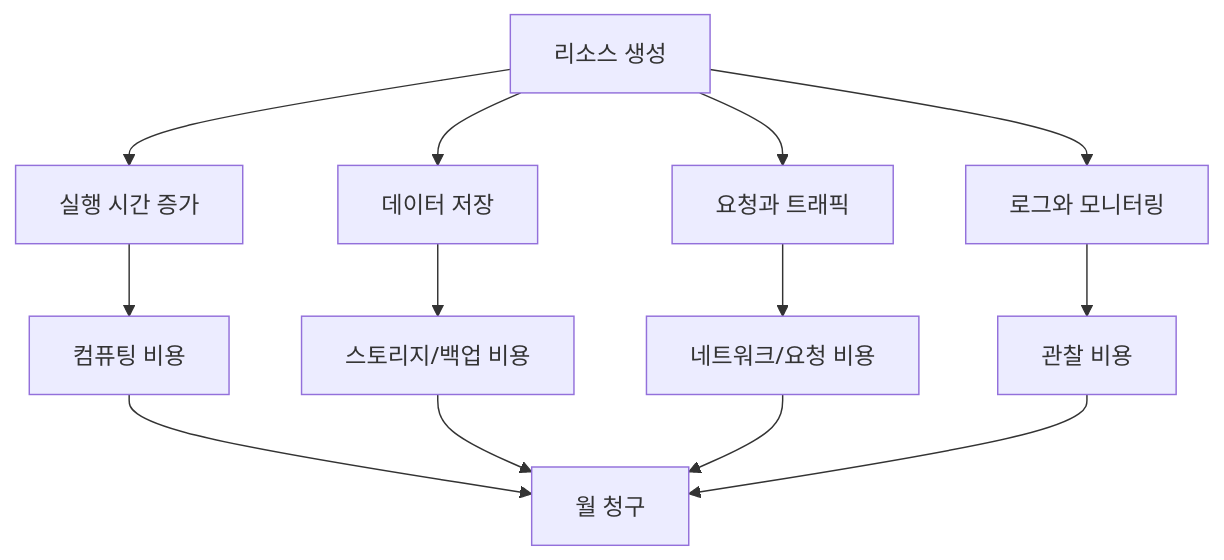
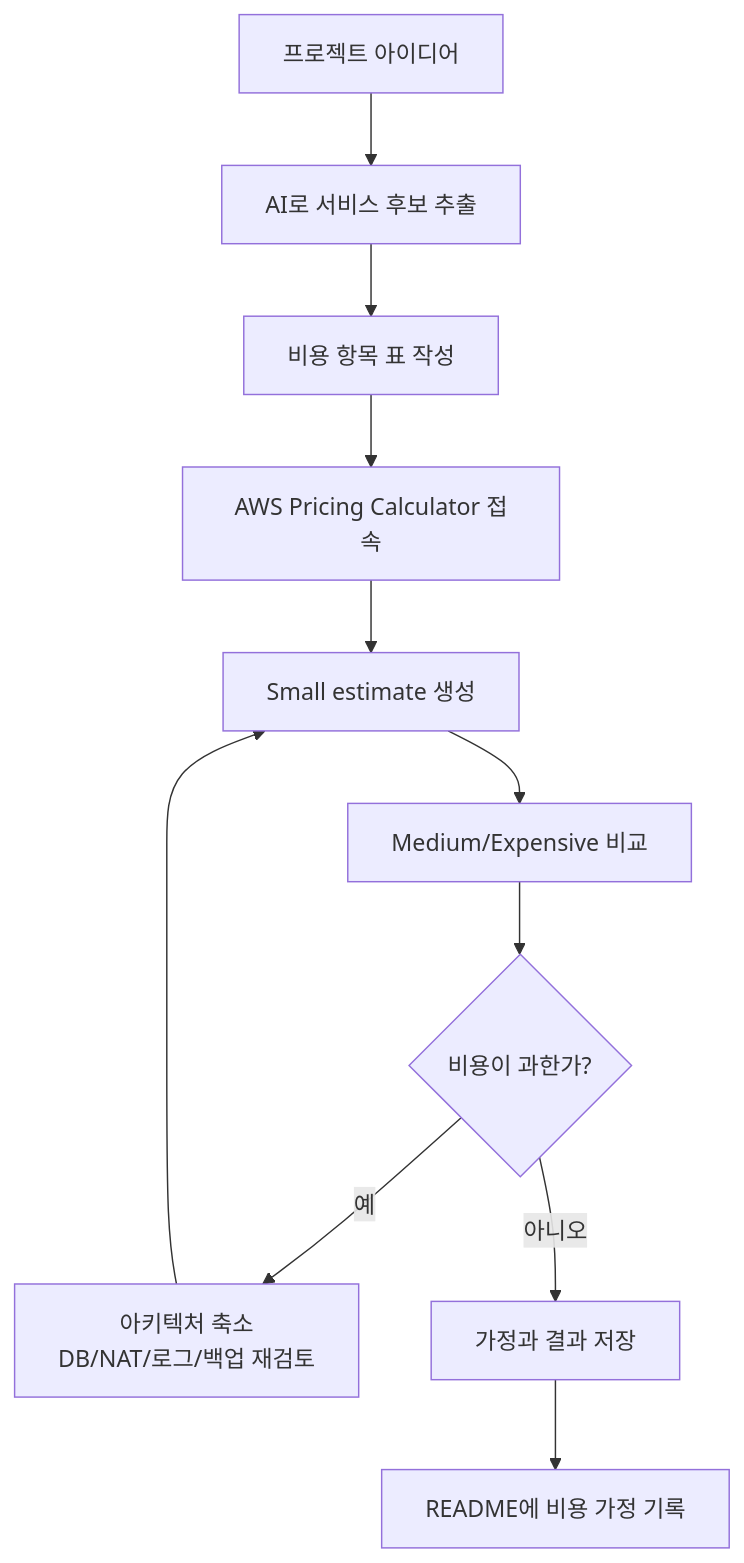
One commit to HwantaLee/w3d3-github-actions-dockerhub changed the diagram in week1/day4/lesson-05.md. Above: the diagram before and after it, drawn with Mermaid. The commit also changed other lines of this file and 2 other files, not shown here.

Commit message:
Refocus week 1 day 4 cost lesson on calculator

````diff
--- a/week1/day4/lesson-05.md
+++ b/week1/day4/lesson-05.md
@@ -88,15 +279,13 @@
 ```mermaid
 flowchart TD
-    A["리소스 생성"] --> B["실행 시간 증가"]
-    B --> C["컴퓨팅 비용"]
-    A --> D["데이터 저장"]
-    D --> E["스토리지/백업 비용"]
-    A --> F["요청과 트래픽"]
-    F --> G["네트워크/요청 비용"]
-    A --> H["로그와 모니터링"]
-    H --> I["관찰 비용"]
-    C --> J["월 청구"]
-    E --> J
-    G --> J
-    I --> J
+    A["프로젝트 아이디어"] --> B["AI로 서비스 후보 추출"]
+    B --> C["비용 항목 표 작성"]
+    C --> D["AWS Pricing Calculator 접속"]
+    D --> E["Small estimate 생성"]
+    E --> F["Medium/Expensive 비교"]
+    F --> G{"비용이 과한가?"}
+    G -- "예" --> H["아키텍처 축소\nDB/NAT/로그/백업 재검토"]
+    G -- "아니오" --> I["가정과 결과 저장"]
+    H --> E
+    I --> J["README에 비용 가정 기록"]
 ```
````
